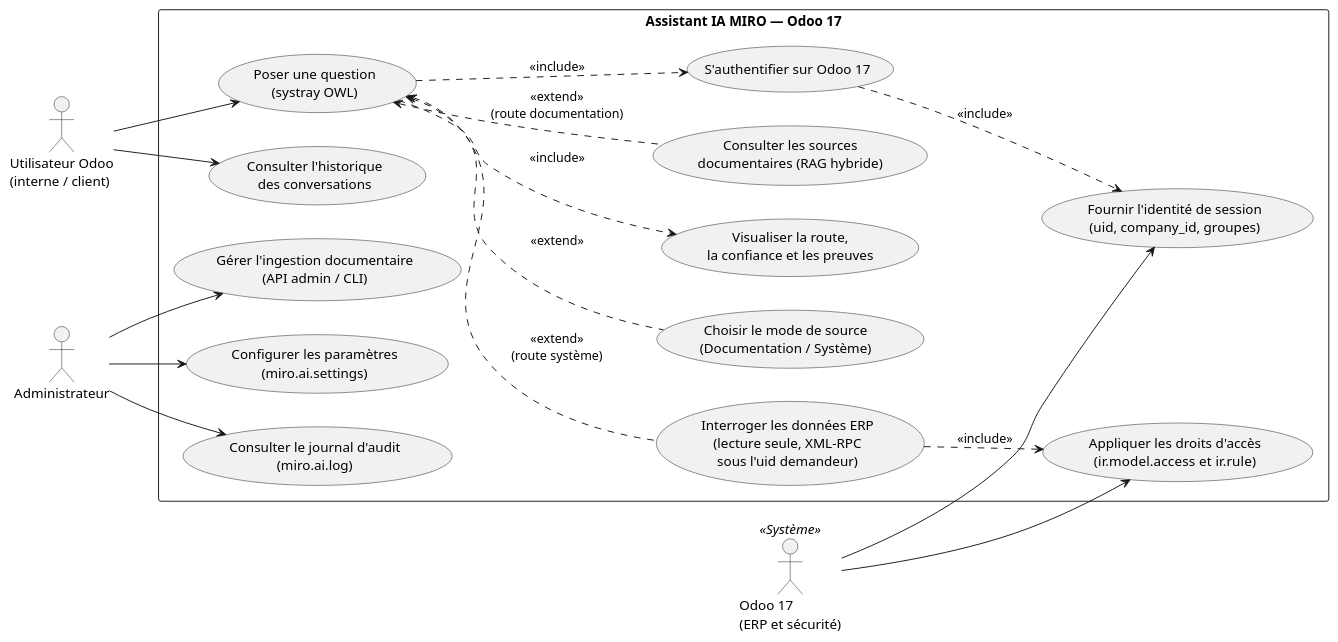
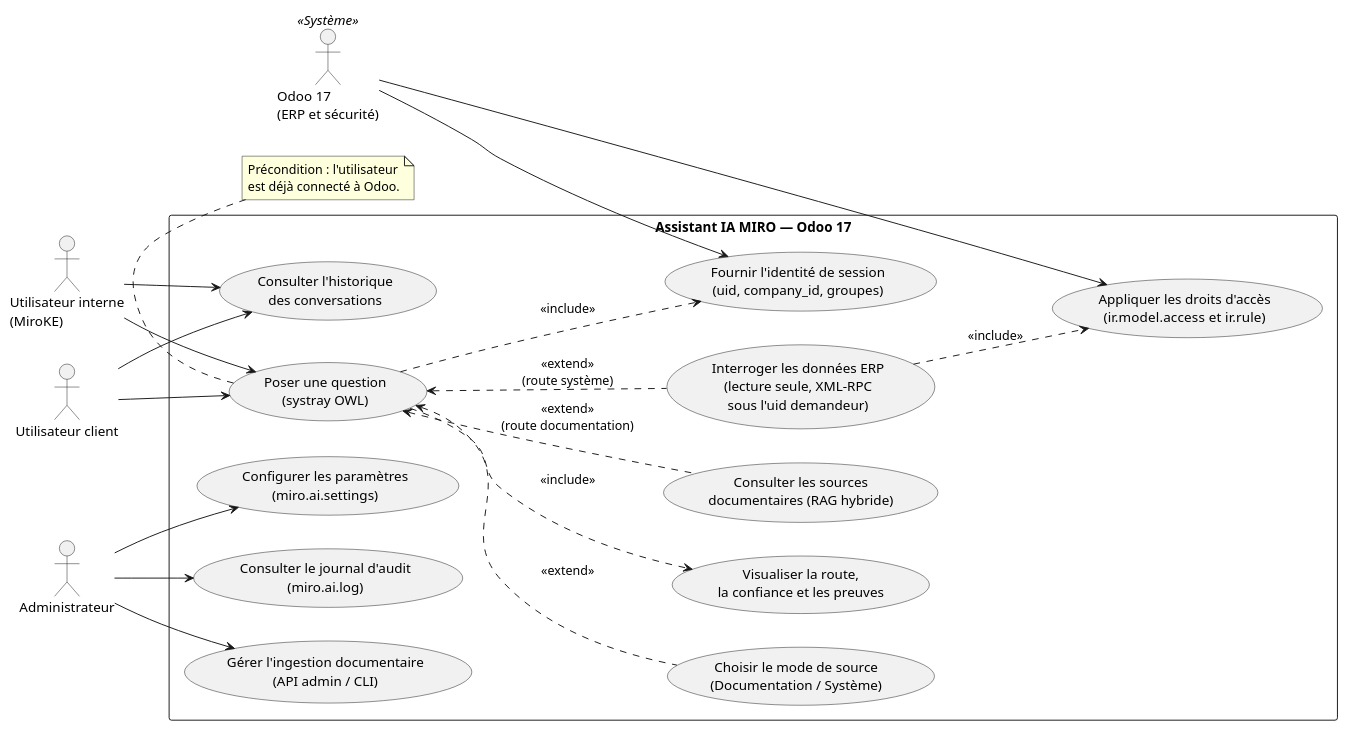
One commit to katsuki2000/odoo-ia-prototype changed the diagram in todo/diagrammes/5_1_cas_utilisation.puml. Above: the diagram before and after it, drawn with PlantUML. The commit also changed 6 other files, not shown here.

```diff
--- a/todo/diagrammes/5_1_cas_utilisation.puml
+++ b/todo/diagrammes/5_1_cas_utilisation.puml
@@ -1,39 +1,45 @@
 @startuml 5_1_cas_utilisation
 left to right direction
 skinparam packageStyle rectangle
 
-actor "Utilisateur Odoo\n(interne / client)" as U
+actor "Utilisateur interne\n(MiroKE)" as UI
+actor "Utilisateur client" as UCL
 actor "Administrateur" as A
 actor "Odoo 17\n(ERP et sécurité)" as S <<Système>>
 
 rectangle "Assistant IA MIRO — Odoo 17" {
   usecase "Poser une question\n(systray OWL)" as UC1
-  usecase "S'authentifier sur Odoo 17" as UC2
   usecase "Fournir l'identité de session\n(uid, company_id, groupes)" as UC3
   usecase "Consulter l'historique\ndes conversations" as UC4
   usecase "Choisir le mode de source\n(Documentation / Système)" as UC5
   usecase "Visualiser la route,\nla confiance et les preuves" as UC6
   usecase "Consulter les sources\ndocumentaires (RAG hybride)" as UC7
   usecase "Interroger les données ERP\n(lecture seule, XML-RPC\nsous l'uid demandeur)" as UC8
   usecase "Appliquer les droits d'accès\n(ir.model.access et ir.rule)" as UC9
   usecase "Configurer les paramètres\n(miro.ai.settings)" as UC10
   usecase "Consulter le journal d'audit\n(miro.ai.log)" as UC11
   usecase "Gérer l'ingestion documentaire\n(API admin / CLI)" as UC12
 }
 
-U --> UC1
-U --> UC4
+UI --> UC1
+UI --> UC4
+UCL --> UC1
+UCL --> UC4
 A --> UC10
 A --> UC11
 A --> UC12
 S --> UC3
 S --> UC9
 
-UC1 ..> UC2 : <<include>>
-UC2 ..> UC3 : <<include>>
+UC1 ..> UC3 : <<include>>
 UC1 ..> UC6 : <<include>>
 UC5 .up.> UC1 : <<extend>>
 UC7 .up.> UC1 : <<extend>>\n(route documentation)
 UC8 .up.> UC1 : <<extend>>\n(route système)
 UC8 ..> UC9 : <<include>>
+
+note bottom of UC1
+  Précondition : l'utilisateur
+  est déjà connecté à Odoo.
+end note
 @enduml
```
